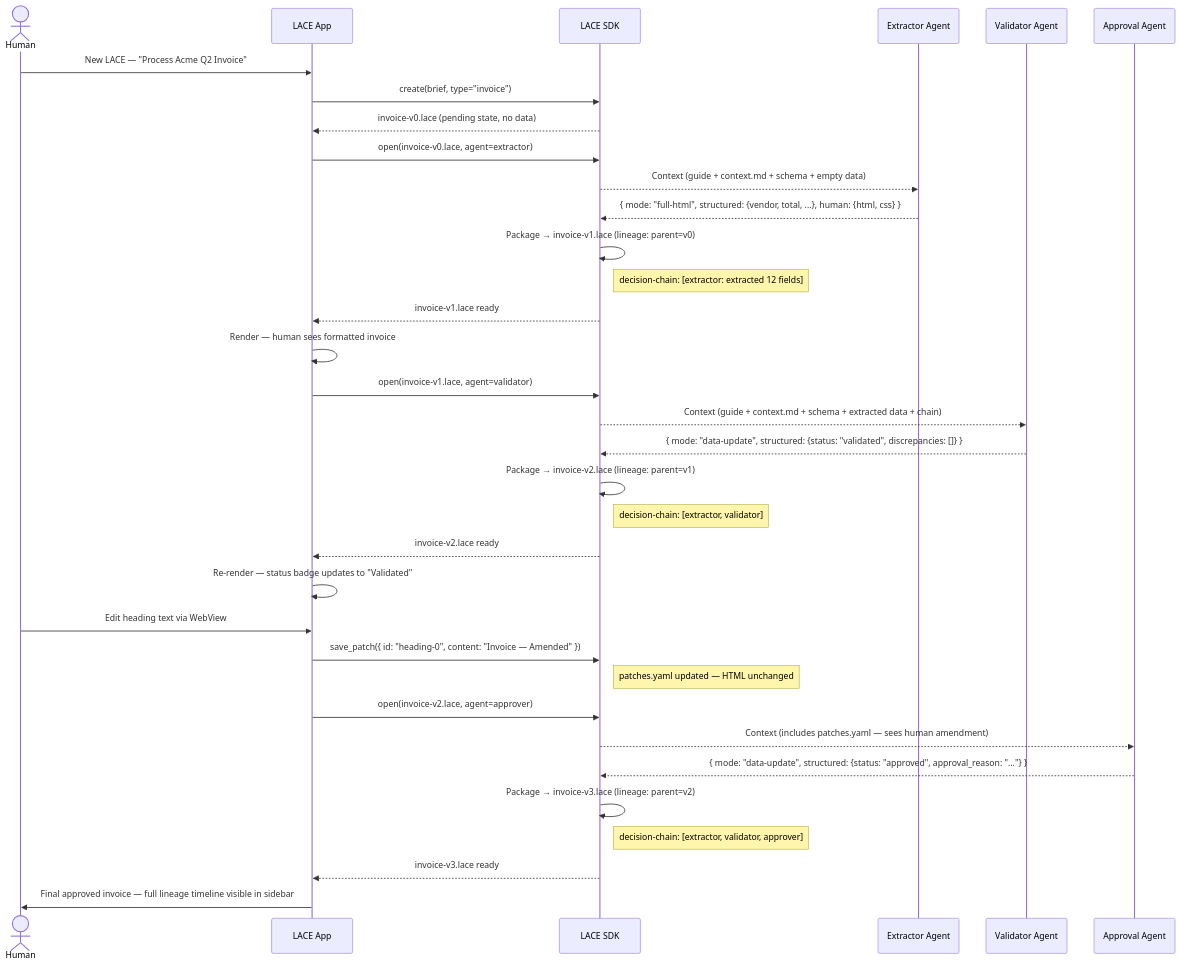
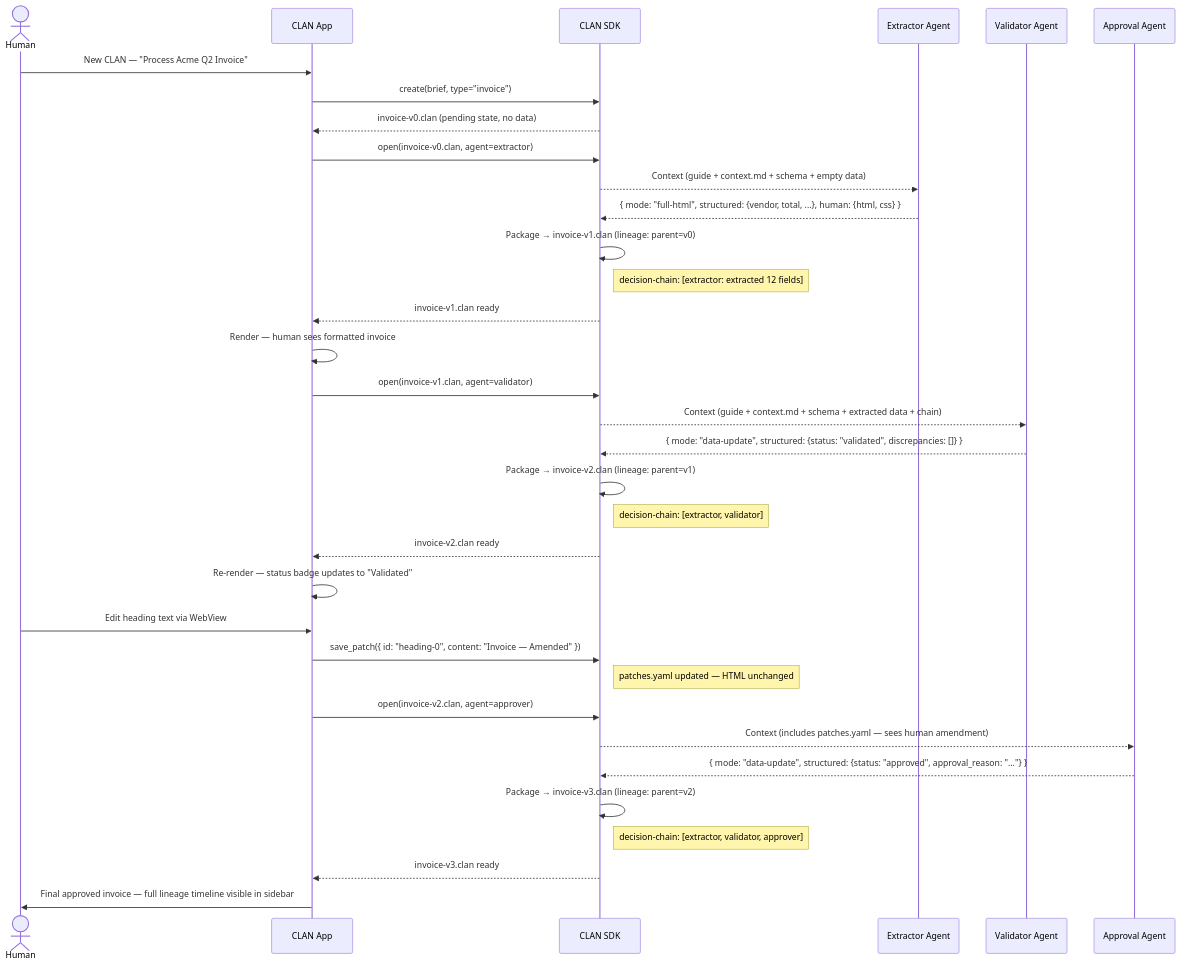
One commit to batunii/napkin-os changed the fifth of 8 diagrams in SEQUENCE-DIAGRAMS.md. Above: the diagram before and after it, drawn with Mermaid. The commit also changed other lines of this file and 7 other files, not shown here.

First line of the commit message:
Rename LACE → CLAN throughout

````diff
--- a/SEQUENCE-DIAGRAMS.md
+++ b/SEQUENCE-DIAGRAMS.md
@@ -223,44 +223,44 @@
 ```mermaid
 sequenceDiagram
     actor Human
-    participant App as LACE App
-    participant SDK as LACE SDK
+    participant App as CLAN App
+    participant SDK as CLAN SDK
     participant A1 as Extractor Agent
     participant A2 as Validator Agent
     participant A3 as Approval Agent
 
-    Human->>App: New LACE — "Process Acme Q2 Invoice"
+    Human->>App: New CLAN — "Process Acme Q2 Invoice"
     App->>SDK: create(brief, type="invoice")
-    SDK-->>App: invoice-v0.lace (pending state, no data)
+    SDK-->>App: invoice-v0.clan (pending state, no data)
 
-    App->>SDK: open(invoice-v0.lace, agent=extractor)
+    App->>SDK: open(invoice-v0.clan, agent=extractor)
     SDK-->>A1: Context (guide + context.md + schema + empty data)
     A1-->>SDK: { mode: "full-html", structured: {vendor, total, ...}, human: {html, css} }
-    SDK->>SDK: Package → invoice-v1.lace (lineage: parent=v0)
+    SDK->>SDK: Package → invoice-v1.clan (lineage: parent=v0)
     note right of SDK: decision-chain: [extractor: extracted 12 fields]
 
-    SDK-->>App: invoice-v1.lace ready
+    SDK-->>App: invoice-v1.clan ready
     App->>App: Render — human sees formatted invoice
 
-    App->>SDK: open(invoice-v1.lace, agent=validator)
+    App->>SDK: open(invoice-v1.clan, agent=validator)
     SDK-->>A2: Context (guide + context.md + schema + extracted data + chain)
     A2-->>SDK: { mode: "data-update", structured: {status: "validated", discrepancies: []} }
-    SDK->>SDK: Package → invoice-v2.lace (lineage: parent=v1)
+    SDK->>SDK: Package → invoice-v2.clan (lineage: parent=v1)
     note right of SDK: decision-chain: [extractor, validator]
 
-    SDK-->>App: invoice-v2.lace ready
+    SDK-->>App: invoice-v2.clan ready
     App->>App: Re-render — status badge updates to "Validated"
 
     Human->>App: Edit heading text via WebView
     App->>SDK: save_patch({ id: "heading-0", content: "Invoice — Amended" })
     note right of SDK: patches.yaml updated — HTML unchanged
 
-    App->>SDK: open(invoice-v2.lace, agent=approver)
+    App->>SDK: open(invoice-v2.clan, agent=approver)
     SDK-->>A3: Context (includes patches.yaml — sees human amendment)
     A3-->>SDK: { mode: "data-update", structured: {status: "approved", approval_reason: "..."} }
-    SDK->>SDK: Package → invoice-v3.lace (lineage: parent=v2)
+    SDK->>SDK: Package → invoice-v3.clan (lineage: parent=v2)
     note right of SDK: decision-chain: [extractor, validator, approver]
 
-    SDK-->>App: invoice-v3.lace ready
+    SDK-->>App: invoice-v3.clan ready
     App->>Human: Final approved invoice — full lineage timeline visible in sidebar
 ```
````
